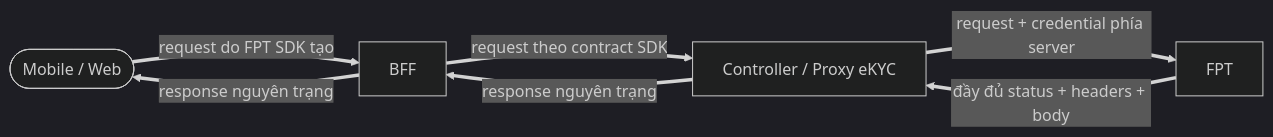
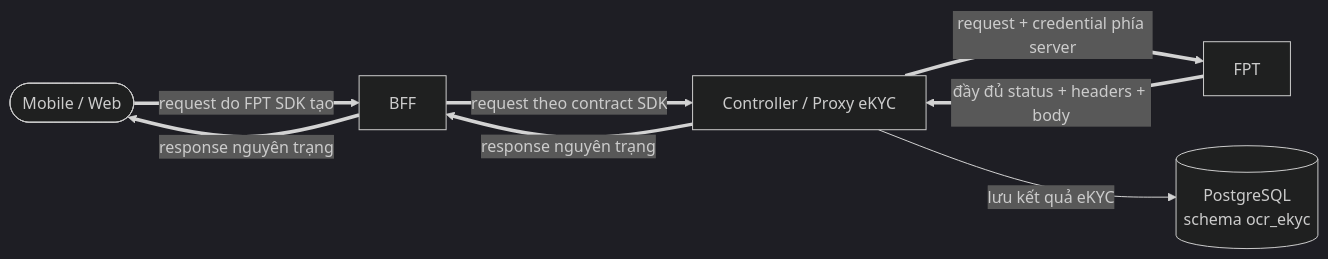
Before and after one commit to huynv-xyz/vhm: the seventh of 12 diagrams in tdd-ocr-ekyc.md, drawn with Mermaid (dark theme). The commit also changed other lines of this file, not shown here.

````diff
--- a/tdd-ocr-ekyc.md
+++ b/tdd-ocr-ekyc.md
@@ -792,14 +811,16 @@
 ```mermaid
 flowchart LR
     CHANNEL([Mobile / Web])
     BFF[BFF]
     SERVICE[Controller / Proxy eKYC]
     FPT[FPT]
+    DB[(PostgreSQL<br/>schema ocr_ekyc)]
 
     CHANNEL ==>|request do FPT SDK tạo| BFF
     BFF ==>|request theo contract SDK| SERVICE
     SERVICE ==>|request + credential phía server| FPT
     FPT ==>|đầy đủ status + headers + body| SERVICE
+    SERVICE -->|lưu kết quả eKYC| DB
     SERVICE ==>|response nguyên trạng| BFF
     BFF ==>|response nguyên trạng| CHANNEL
 ```
````
